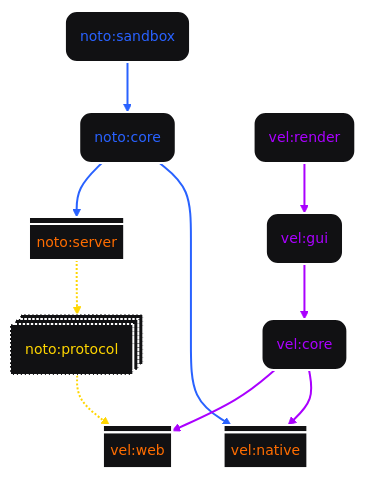
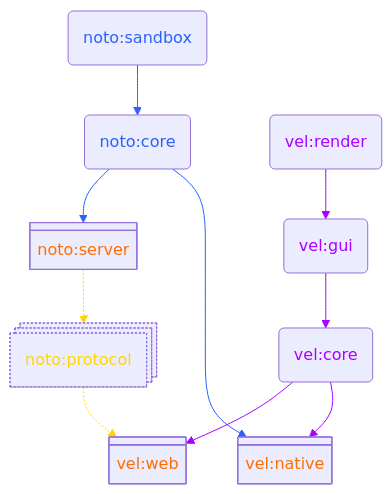
One commit to Notovel/Noto changed the diagram in docs/Architecture.md. Above: the diagram before and after it, drawn with Mermaid. The commit also changed 42 other files, not shown here.

````diff
--- a/docs/Architecture.md
+++ b/docs/Architecture.md
@@ -3,38 +3,32 @@
 ```mermaid
----
-config:
-  theme: redux-dark
-  layout: fixed
-  look: classic
----
 flowchart TB
     NSA("noto:sandbox") --> NC("noto:core")
     NC --> NS("noto:server") & VN["vel:native"]
     NS -.-> NP("noto:protocol")
     NP -.-> VW["vel:web"]
     VC("vel:core") --> VW & VN
     VR("vel:render") --> VG("vel:gui")
     VG --> VC
     VN@{ shape: div-proc }
     VW@{ shape: div-proc }
     NS@{ shape: div-proc }
     NP@{ shape: procs }
     style NSA color:#2962FF
     style NC color:#2962FF
     style NS color:#FF6D00
     style VN color:#FF6D00
     style NP stroke-dasharray: 2,color:#FFD600
     style VW color:#FF6D00
     style VC color:#AA00FF
     style VR color:#AA00FF
     style VG color:#AA00FF
     linkStyle 0 stroke:#2962FF,fill:none
     linkStyle 1 stroke:#2962FF,fill:none
     linkStyle 2 stroke:#2962FF,fill:none
     linkStyle 3 stroke:#FFD600,fill:none
     linkStyle 4 stroke:#FFD600,fill:none
     linkStyle 5 stroke:#AA00FF,fill:none
     linkStyle 6 stroke:#AA00FF,fill:none
     linkStyle 7 stroke:#AA00FF,fill:none
     linkStyle 8 stroke:#AA00FF,fill:none
 ```
````
